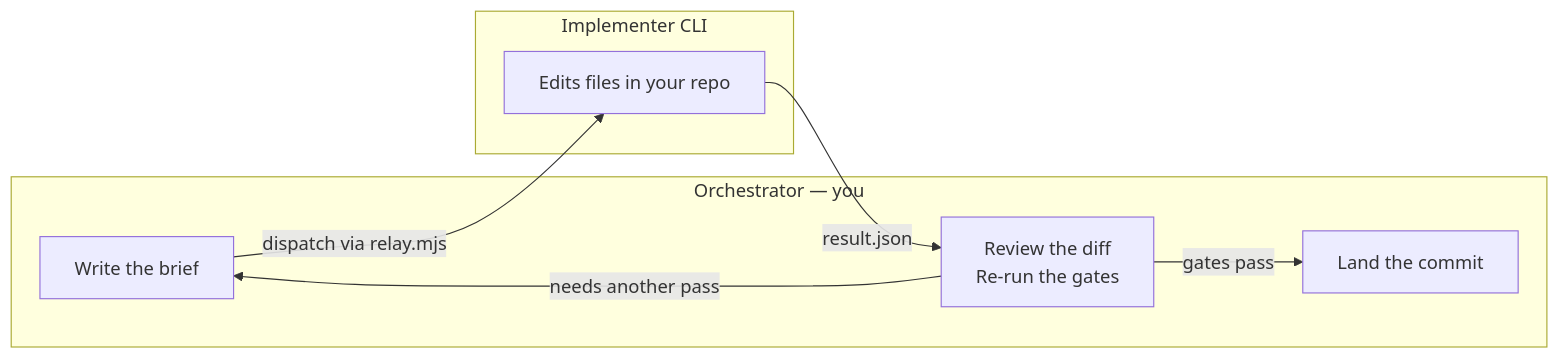
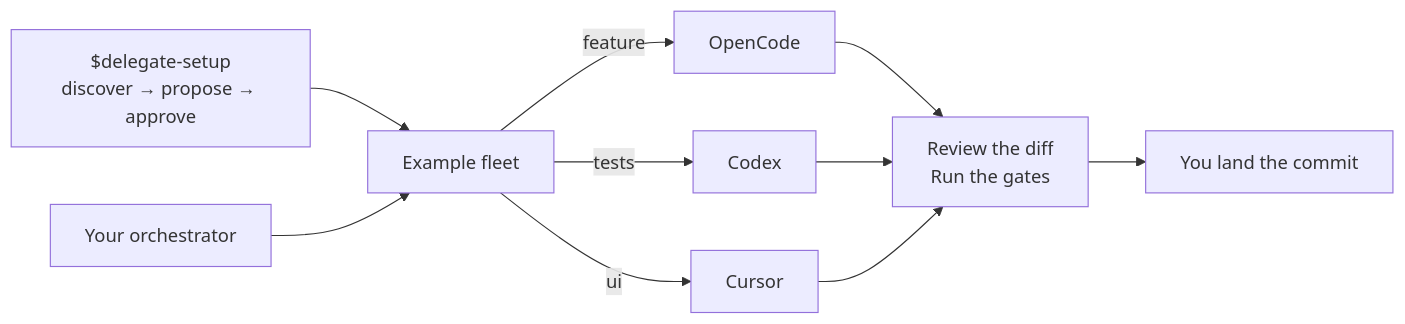
Before and after one commit to ElDEEB21/delegate-skills: the diagram in README.md, drawn with Mermaid. The commit also changed other lines of this file, not shown here.

Commit message:
docs: make fleet setup a first-class workflow

````diff
--- a/README.md
+++ b/README.md
@@ -94,15 +29,12 @@
 ```mermaid
 flowchart LR
-  subgraph orch["Orchestrator — you"]
-    A["Write the brief"]
-    D["Review the diff<br/>Re-run the gates"]
-    E["Land the commit"]
-  end
-  subgraph impl["Implementer CLI"]
-    C["Edits files in your repo"]
-  end
-  A -->|"dispatch via relay.mjs"| C
-  C -->|"result.json"| D
-  D -->|"gates pass"| E
-  D -->|"needs another pass"| A
+  S["$delegate-setup<br/>discover → propose → approve"] --> F["Example fleet"]
+  O["Your orchestrator"] --> F
+  F -->|"feature"| A["OpenCode"]
+  F -->|"tests"| B["Codex"]
+  F -->|"ui"| C["Cursor"]
+  A --> R["Review the diff<br/>Run the gates"]
+  B --> R
+  C --> R
+  R --> L["You land the commit"]
 ```
````
